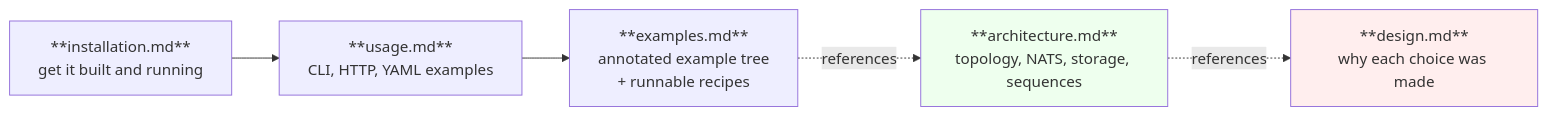
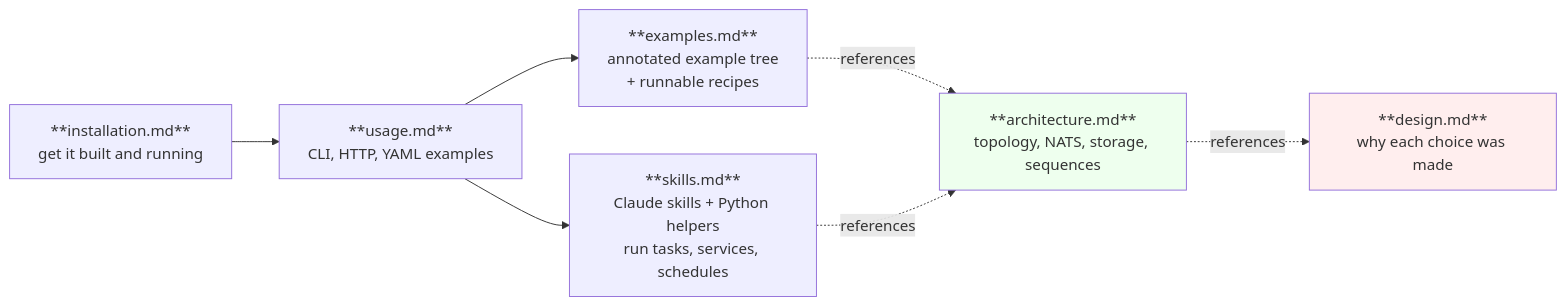
Before and after one commit to geekychris/orion_mesh: the diagram in docs/README.md, drawn with Mermaid. The commit also changed other lines of this file and 15 other files, not shown here.

````diff
--- a/docs/README.md
+++ b/docs/README.md
@@ -5,19 +5,23 @@
 ```mermaid
 flowchart LR
     Install["**installation.md**<br/>get it built and running"]
     Usage["**usage.md**<br/>CLI, HTTP, YAML examples"]
     Examples["**examples.md**<br/>annotated example tree<br/>+ runnable recipes"]
+    Skills["**skills.md**<br/>Claude skills + Python helpers<br/>run tasks, services, schedules"]
     Arch["**architecture.md**<br/>topology, NATS, storage, sequences"]
     Design["**design.md**<br/>why each choice was made"]
 
     Install --> Usage
     Usage --> Examples
+    Usage --> Skills
     Examples -.references.-> Arch
+    Skills -.references.-> Arch
     Arch -.references.-> Design
 
     style Install  fill:#eef
     style Usage    fill:#eef
     style Examples fill:#eef
+    style Skills   fill:#eef
     style Arch     fill:#efe
     style Design   fill:#fee
 ```
````
